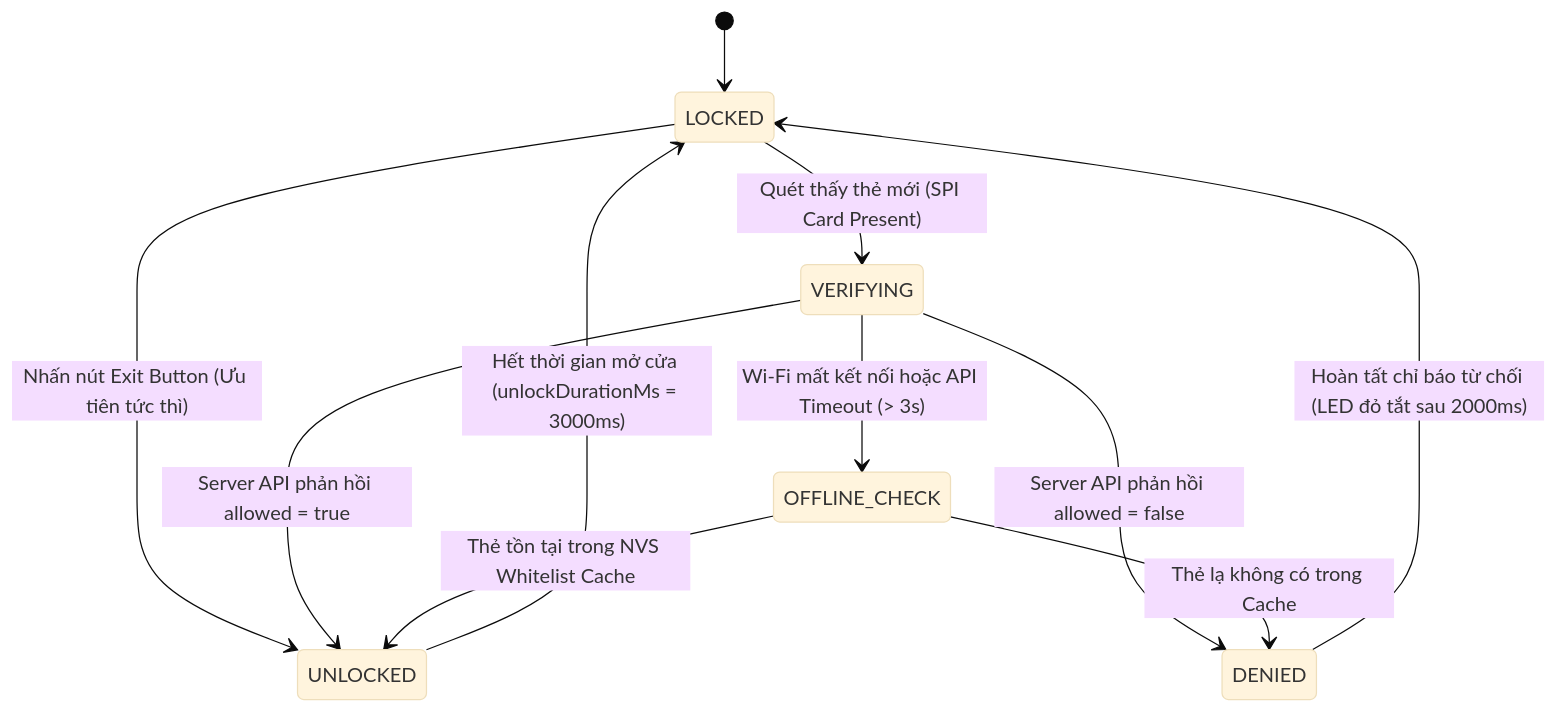
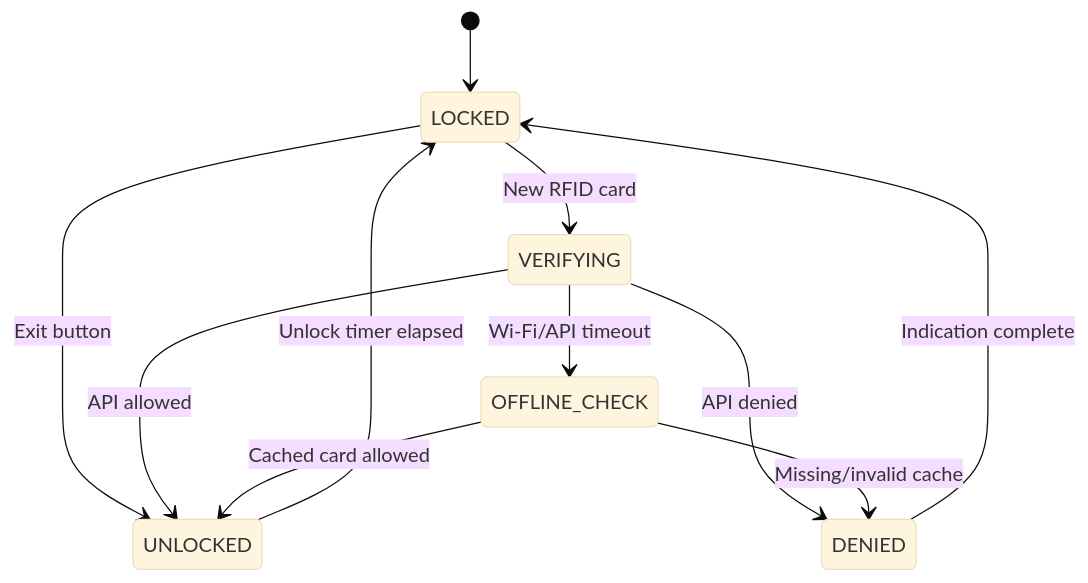
The fourth of 4 diagrams in docs/SO_DO_KY_THUAT_VA_LY_THUYET.md (NguyenHoangUy1305/iot-rfid-access-control), drawn with Mermaid (base theme) before and after one commit. The commit also changed other lines of this file and 1 other file, not shown here.

Commit message:
docs: finalize Project 1 technical roadmap and schematics to v1.1 with enterprise gap analysis

````diff
--- a/docs/SO_DO_KY_THUAT_VA_LY_THUYET.md
+++ b/docs/SO_DO_KY_THUAT_VA_LY_THUYET.md
@@ -373,17 +276,13 @@
 ```mermaid
 stateDiagram-v2
     [*] --> LOCKED
-
-    LOCKED --> VERIFYING: Quét thấy thẻ mới (SPI Card Present)
-    LOCKED --> UNLOCKED: Nhấn nút Exit Button (Ưu tiên tức thì)
-
-    VERIFYING --> UNLOCKED: Server API phản hồi allowed = true
-    VERIFYING --> DENIED: Server API phản hồi allowed = false
-    VERIFYING --> OFFLINE_CHECK: Wi-Fi mất kết nối hoặc API Timeout (> 3s)
-
-    OFFLINE_CHECK --> UNLOCKED: Thẻ tồn tại trong NVS Whitelist Cache
-    OFFLINE_CHECK --> DENIED: Thẻ lạ không có trong Cache
-
-    UNLOCKED --> LOCKED: Hết thời gian mở cửa (unlockDurationMs = 3000ms)
-    DENIED --> LOCKED: Hoàn tất chỉ báo từ chối (LED đỏ tắt sau 2000ms)
+    LOCKED --> VERIFYING: New RFID card
+    LOCKED --> UNLOCKED: Exit button
+    VERIFYING --> UNLOCKED: API allowed
+    VERIFYING --> DENIED: API denied
+    VERIFYING --> OFFLINE_CHECK: Wi-Fi/API timeout
+    OFFLINE_CHECK --> UNLOCKED: Cached card allowed
+    OFFLINE_CHECK --> DENIED: Missing/invalid cache
+    UNLOCKED --> LOCKED: Unlock timer elapsed
+    DENIED --> LOCKED: Indication complete
 ```
````
